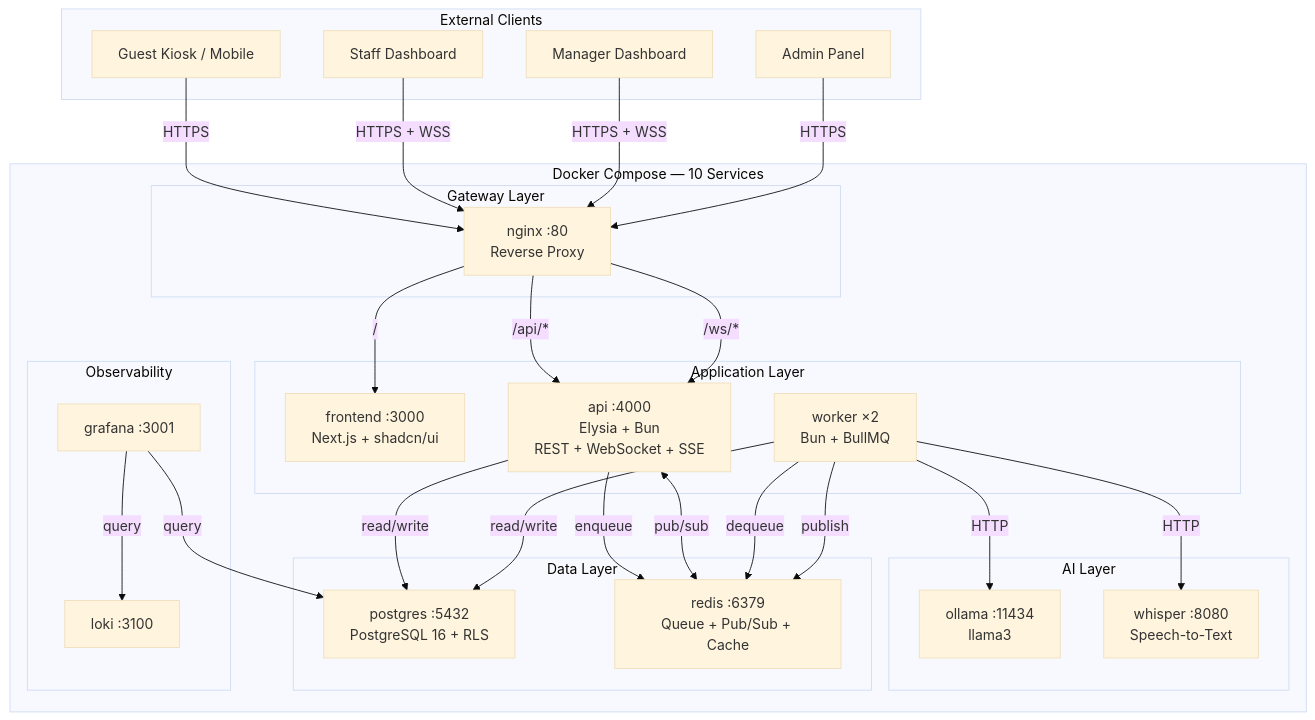
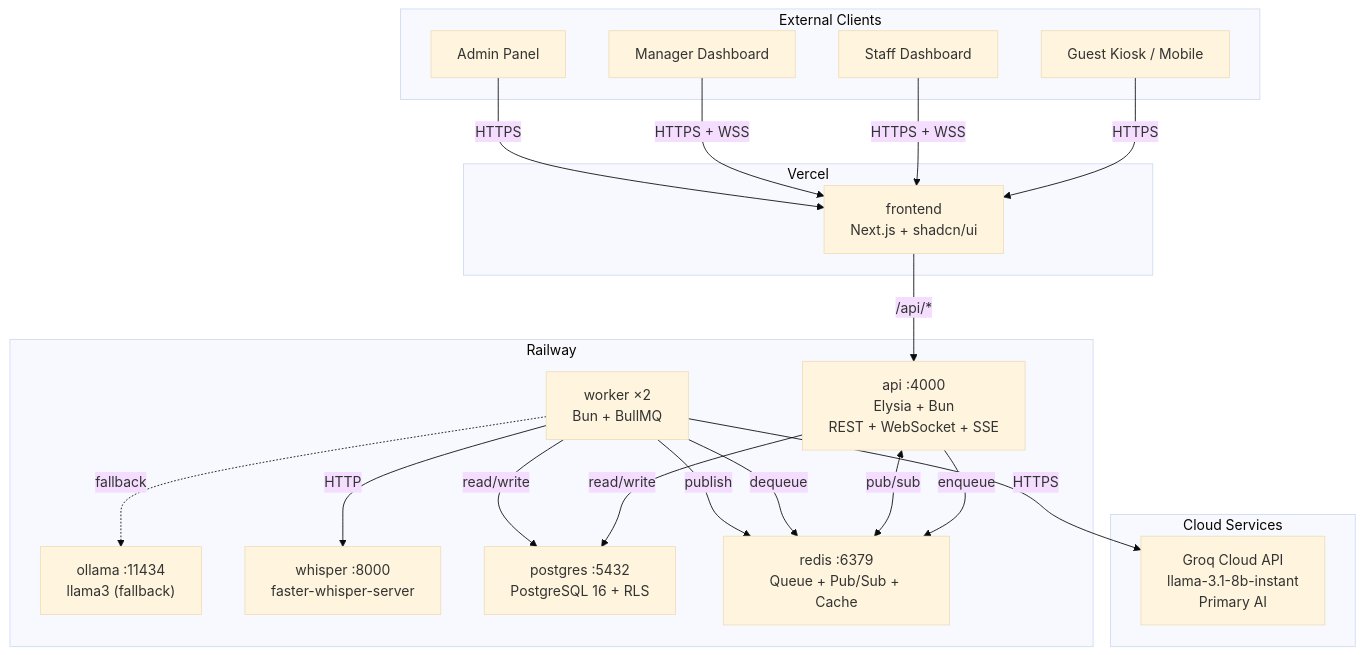
The diagram in docs/diagrams/architecture.mmd (tachyon-development/test-translation), drawn with Mermaid (base theme) before and after one commit. The commit also changed 5 other files, not shown here.

```diff
--- a/docs/diagrams/architecture.mmd
+++ b/docs/diagrams/architecture.mmd
@@ -1,56 +1,42 @@
 graph TB
     subgraph External["External Clients"]
         GK["Guest Kiosk / Mobile"]
         SD["Staff Dashboard"]
         MD["Manager Dashboard"]
         AD["Admin Panel"]
     end
 
-    subgraph Docker["Docker Compose — 10 Services"]
-        subgraph Gateway["Gateway Layer"]
-            NG["nginx :80<br/>Reverse Proxy"]
-        end
-
-        subgraph Application["Application Layer"]
-            FE["frontend :3000<br/>Next.js + shadcn/ui"]
-            API["api :4000<br/>Elysia + Bun<br/>REST + WebSocket + SSE"]
-            WK["worker ×2<br/>Bun + BullMQ"]
-        end
-
-        subgraph AI["AI Layer"]
-            OL["ollama :11434<br/>llama3"]
-            WH["whisper :8080<br/>Speech-to-Text"]
-        end
-
-        subgraph Data["Data Layer"]
-            PG["postgres :5432<br/>PostgreSQL 16 + RLS"]
-            RD["redis :6379<br/>Queue + Pub/Sub + Cache"]
-        end
-
-        subgraph Observability["Observability"]
-            LK["loki :3100"]
-            GF["grafana :3001"]
-        end
+    subgraph Cloud["Cloud Services"]
+        GROQ["Groq Cloud API<br/>llama-3.1-8b-instant<br/>Primary AI"]
     end
 
-    GK -->|"HTTPS"| NG
-    SD -->|"HTTPS + WSS"| NG
-    MD -->|"HTTPS + WSS"| NG
-    AD -->|"HTTPS"| NG
+    subgraph Vercel["Vercel"]
+        FE["frontend<br/>Next.js + shadcn/ui"]
+    end
 
-    NG -->|"/"| FE
-    NG -->|"/api/*"| API
-    NG -->|"/ws/*"| API
+    subgraph Railway["Railway"]
+        API["api :4000<br/>Elysia + Bun<br/>REST + WebSocket + SSE"]
+        WK["worker ×2<br/>Bun + BullMQ"]
+        OL["ollama :11434<br/>llama3 (fallback)"]
+        WH["whisper :8000<br/>faster-whisper-server"]
+        PG["postgres :5432<br/>PostgreSQL 16 + RLS"]
+        RD["redis :6379<br/>Queue + Pub/Sub + Cache"]
+    end
+
+    GK -->|"HTTPS"| FE
+    SD -->|"HTTPS + WSS"| FE
+    MD -->|"HTTPS + WSS"| FE
+    AD -->|"HTTPS"| FE
+
+    FE -->|"/api/*"| API
 
     API -->|"enqueue"| RD
     API -->|"read/write"| PG
     API <-->|"pub/sub"| RD
 
     WK -->|"dequeue"| RD
-    WK -->|"HTTP"| OL
+    WK -->|"HTTPS"| GROQ
+    WK -.->|"fallback"| OL
     WK -->|"HTTP"| WH
     WK -->|"read/write"| PG
     WK -->|"publish"| RD
-
-    GF -->|"query"| LK
-    GF -->|"query"| PG
```
